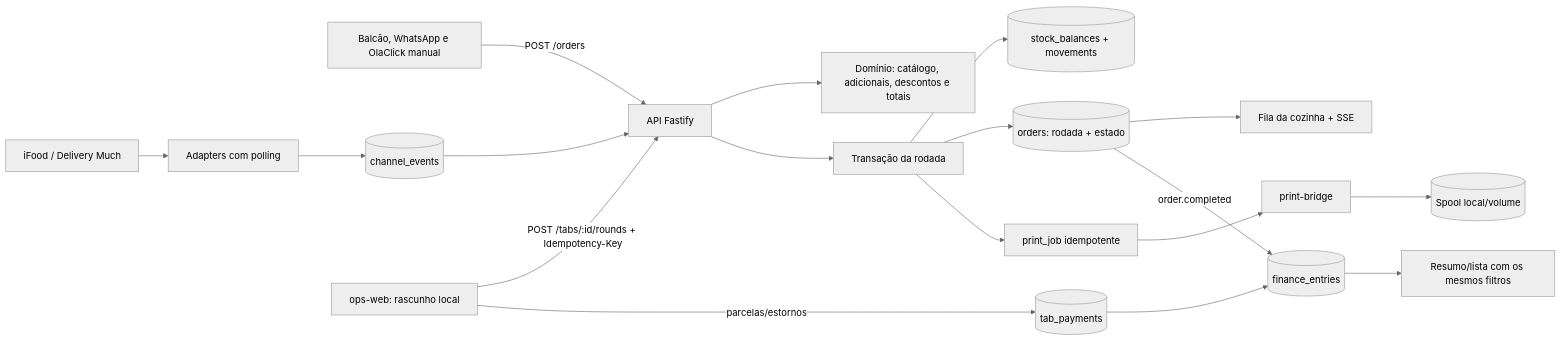
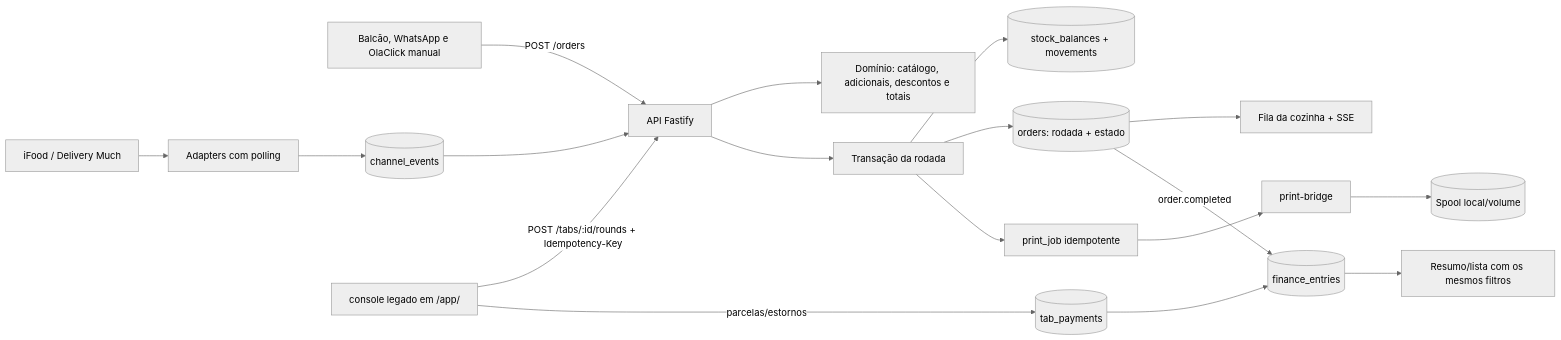
One commit to millennium42/camoburguer-demo changed the diagram in docs/CAMOBURGUER_DOCS.md. Above: the diagram before and after it, drawn with Mermaid (neutral theme). The commit also changed other lines of this file and 51 other files, not shown here.

````diff
--- a/docs/CAMOBURGUER_DOCS.md
+++ b/docs/CAMOBURGUER_DOCS.md
@@ -480,20 +480,20 @@
 ```mermaid
 flowchart LR
   MANUAL["Balcão, WhatsApp e OlaClick manual"] -->|"POST /orders"| API["API Fastify"]
   CHANNELS["iFood / Delivery Much"] --> ADAPTERS["Adapters com polling"]
   ADAPTERS --> EVENTS[("channel_events")]
   EVENTS --> API
-  UI["ops-web: rascunho local"] -->|"POST /tabs/:id/rounds + Idempotency-Key"| API
+  UI["console legado em /app/"] -->|"POST /tabs/:id/rounds + Idempotency-Key"| API
   API --> DOMAIN["Domínio: catálogo, adicionais, descontos e totais"]
   API --> TX["Transação da rodada"]
   TX --> STOCK[("stock_balances + movements")]
   TX --> ORDERS[("orders: rodada + estado")]
   TX --> JOB["print_job idempotente"]
   ORDERS --> KITCHEN["Fila da cozinha + SSE"]
   JOB --> BRIDGE["print-bridge"]
   BRIDGE --> SPOOL[("Spool local/volume")]
   UI -->|"parcelas/estornos"| PAYMENTS[("tab_payments")]
   PAYMENTS --> FINANCE[("finance_entries")]
   ORDERS -->|"order.completed"| FINANCE
   FINANCE --> SUMMARY["Resumo/lista com os mesmos filtros"]
 ```
````
